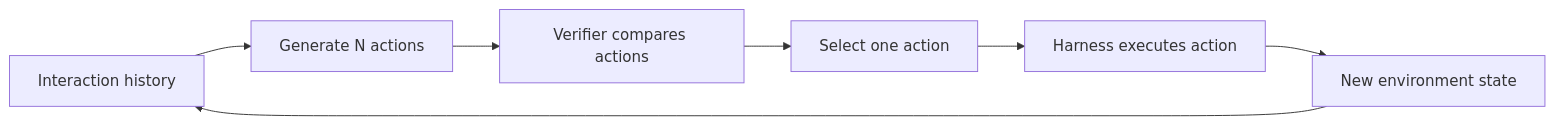
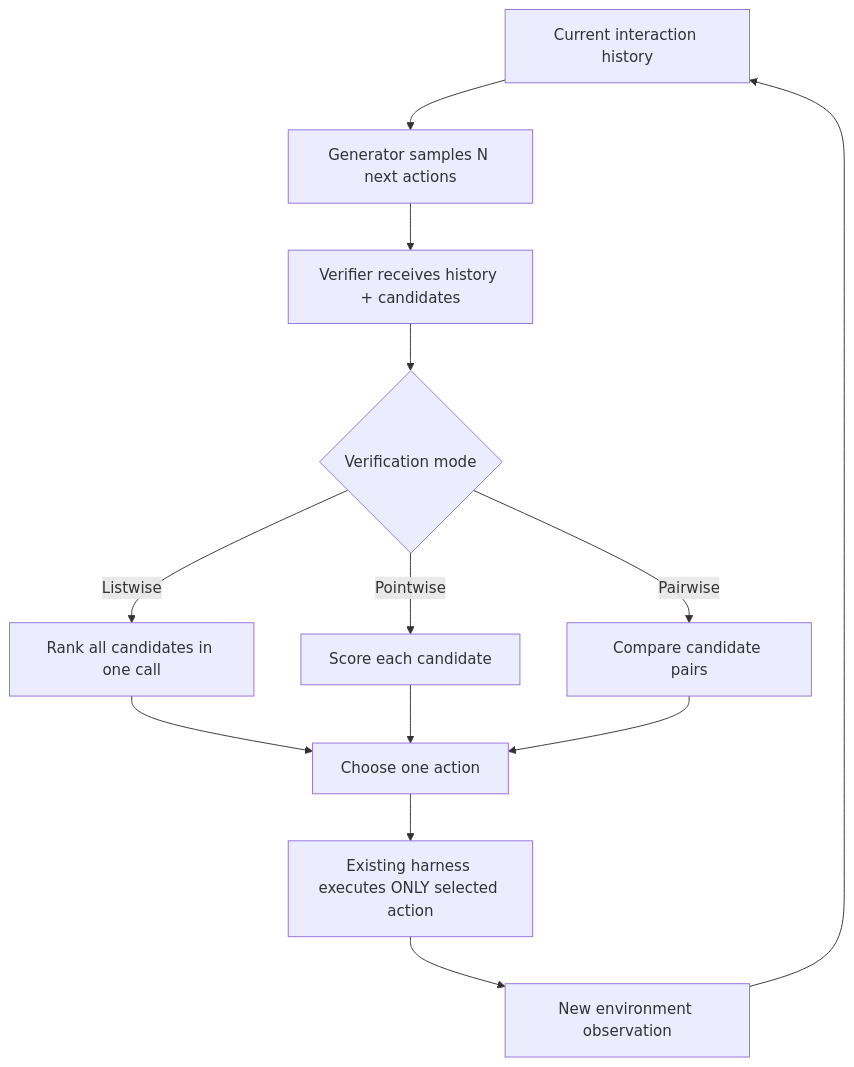
Before and after one commit to ShadowKingYT444/harness-papers-daily: the diagram in _analyses/2609.39982.md, drawn with Mermaid. The commit also changed other lines of this file and 37 other files, not shown here.

Commit message:
Expand all harness paper notes into implementation-ready guides

````diff
--- a/_analyses/2609.39982.md
+++ b/_analyses/2609.39982.md
@@ -22,9 +47,15 @@
-```mermaid
-flowchart LR
-    A[Interaction history] --> B[Generate N actions]
-    B --> C[Verifier compares actions]
-    C --> D[Select one action]
-    D --> E[Harness executes action]
-    E --> F[New environment state]
-    F --> A
-```
+~~~mermaid
+flowchart TD
+    A["Current interaction history"] --> B["Generator samples N next actions"]
+    B --> C["Verifier receives history + candidates"]
+    C --> D{"Verification mode"}
+    D -->|Listwise| E["Rank all candidates in one call"]
+    D -->|Pointwise| F["Score each candidate"]
+    D -->|Pairwise| G["Compare candidate pairs"]
+    E --> H["Choose one action"]
+    F --> H
+    G --> H
+    H --> I["Existing harness executes ONLY selected action"]
+    I --> J["New environment observation"]
+    J --> A
+~~~
````
